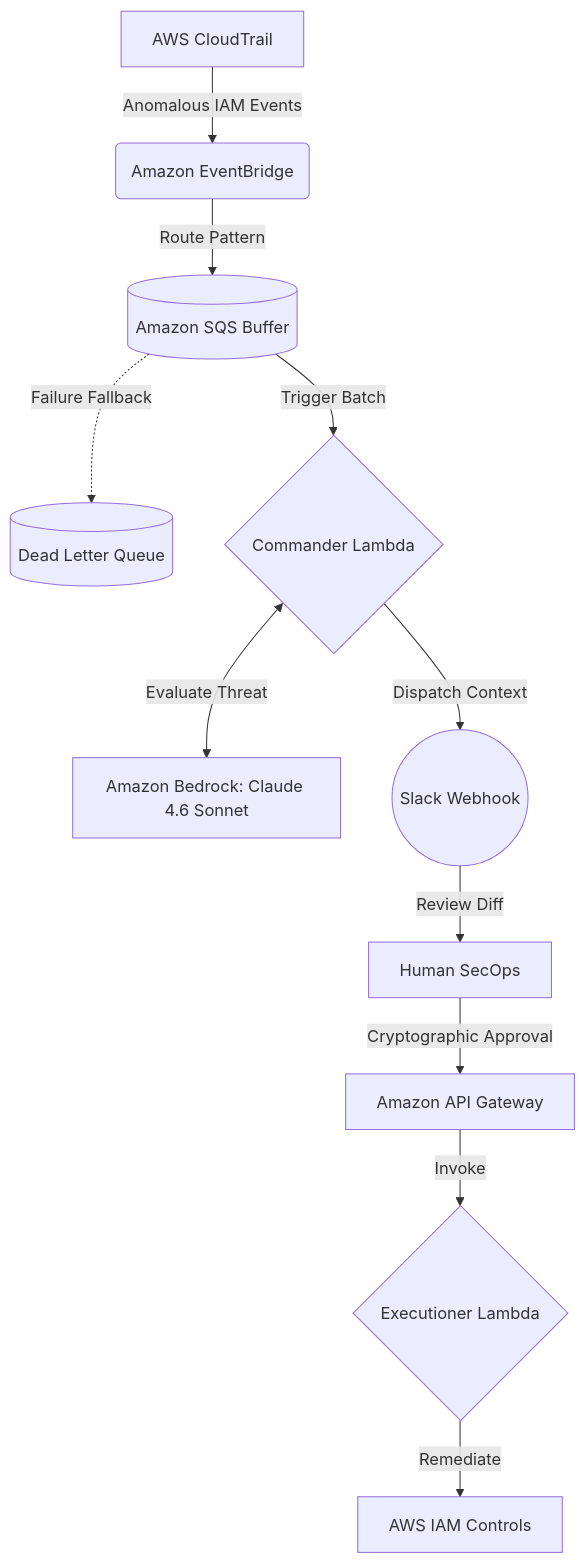
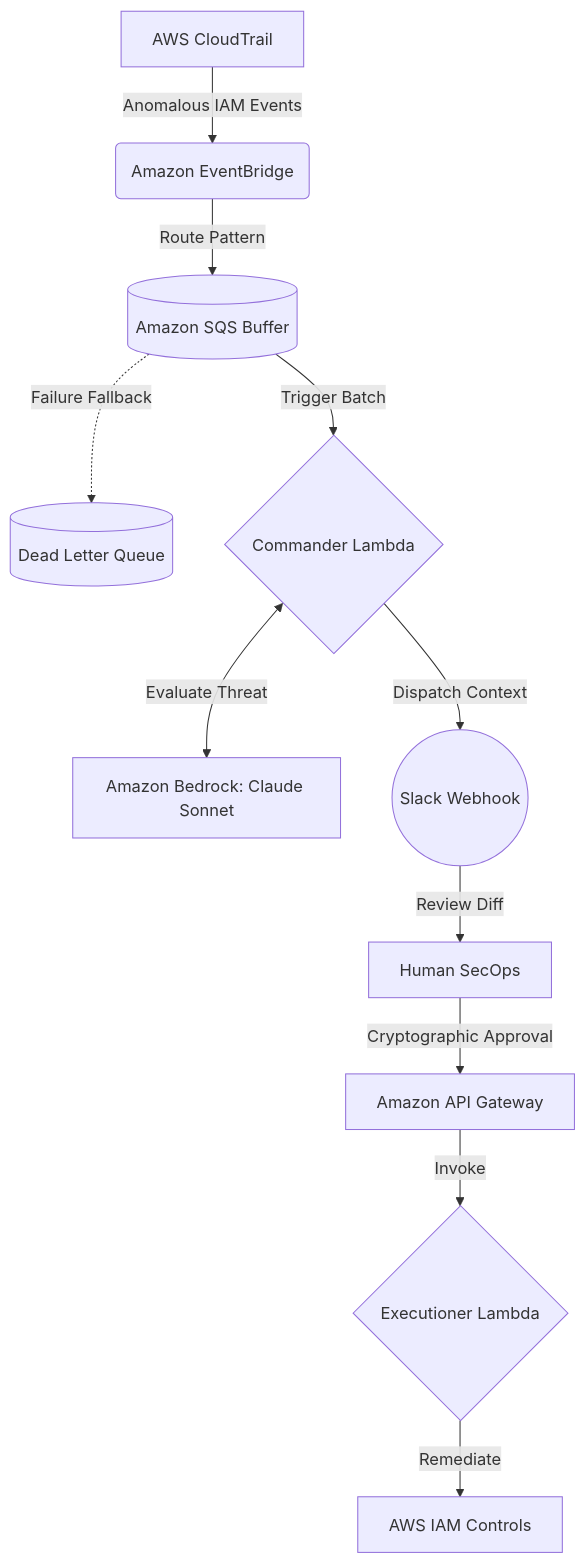
One commit to Yusomii/Agentic-NHI changed the diagram in README.md. Above: the diagram before and after it, drawn with Mermaid. The commit also changed other lines of this file, not shown here.

````diff
--- a/README.md
+++ b/README.md
@@ -7,20 +21,20 @@
 ```mermaid
 graph TD
     %% Ingestion & Decoupling Layer
     A[AWS CloudTrail] -->|Anomalous IAM Events| B(Amazon EventBridge)
     B -->|Route Pattern| C[(Amazon SQS Buffer)]
     C -.->|Failure Fallback| DLQ[(Dead Letter Queue)]
 
     %% Analysis Plane (Least Privilege: Read Only)
     C -->|Trigger Batch| D{Commander Lambda}
-    D <-->|Evaluate Threat| E[Amazon Bedrock: Claude 4.6 Sonnet]
+    D <-->|Evaluate Threat| E[Amazon Bedrock: Claude Sonnet]
     D -->|Dispatch Context| F((Slack Webhook))
 
     %% Human-in-the-Loop
     F -->|Review Diff| G[Human SecOps]
 
     %% Execution Plane (Isolated Blast Radius)
     G -->|Cryptographic Approval| H[Amazon API Gateway]
     H -->|Invoke| I{Executioner Lambda}
     I -->|Remediate| J[AWS IAM Controls]
 ```
````
